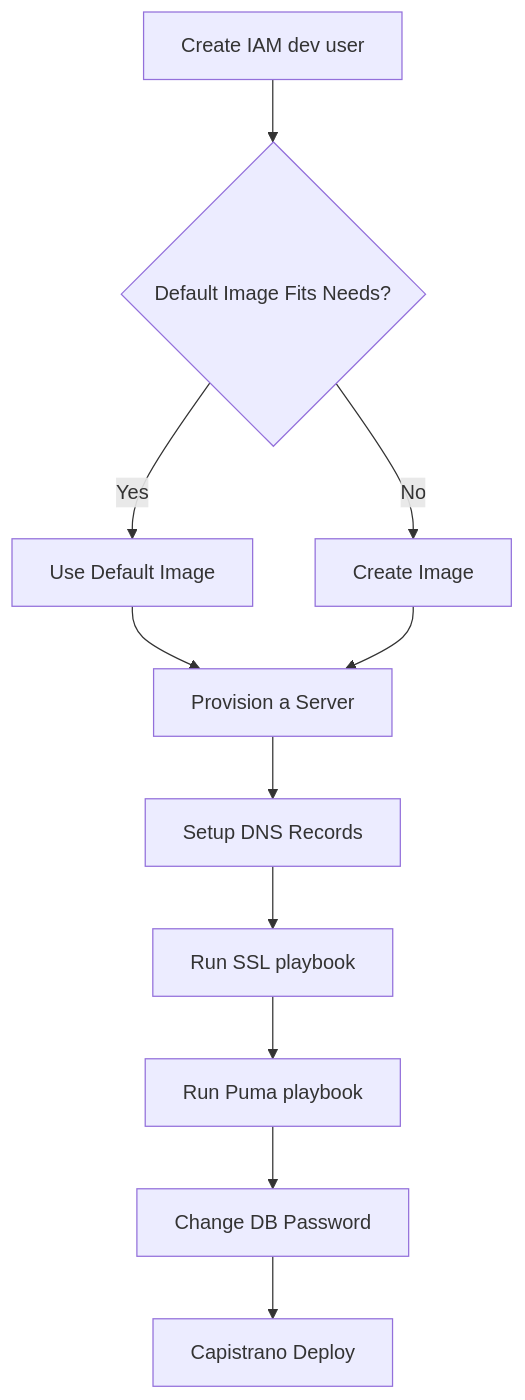
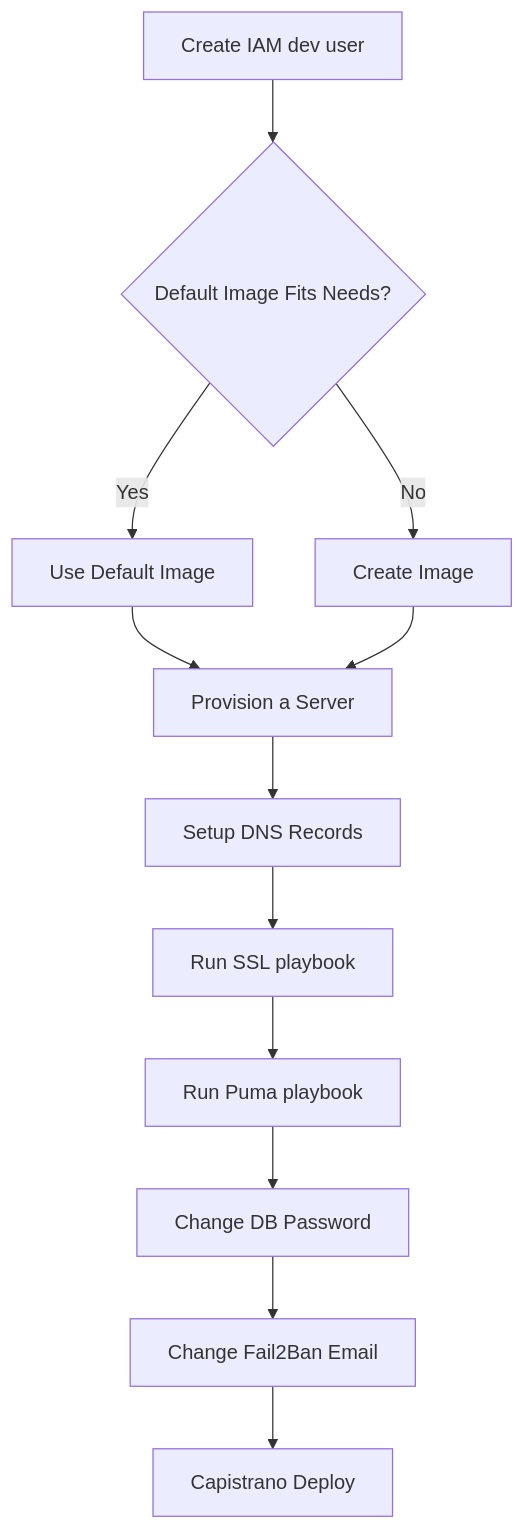
The ninth of 10 diagrams in README.md (bparanj/hivegrid.dev), drawn with Mermaid before and after one commit.

Commit message:
Update fail2ban email

````diff
--- a/README.md
+++ b/README.md
@@ -367,13 +367,14 @@
 ```mermaid
 graph TD
     A[Create IAM dev user] --> B{Default Image Fits Needs?}
     B -->|Yes| C[Use Default Image]
     B -->|No| D[Create Image]
     C --> E[Provision a Server]
     D --> E
     E --> F[Setup DNS Records]
     F --> G[Run SSL playbook]
     G --> H[Run Puma playbook]
     H --> I[Change DB Password]
-    I --> J[Capistrano Deploy]
+    I --> J[Change Fail2Ban Email]
+    J --> K[Capistrano Deploy]
 ```
````
